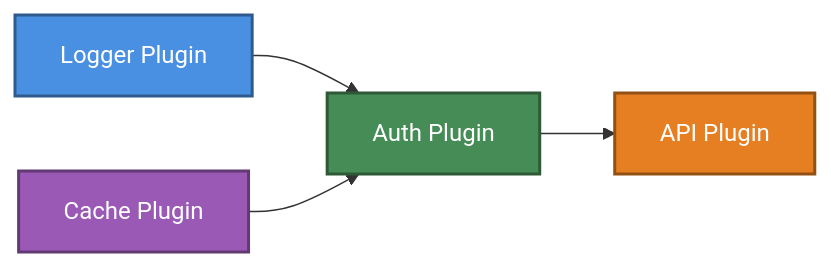
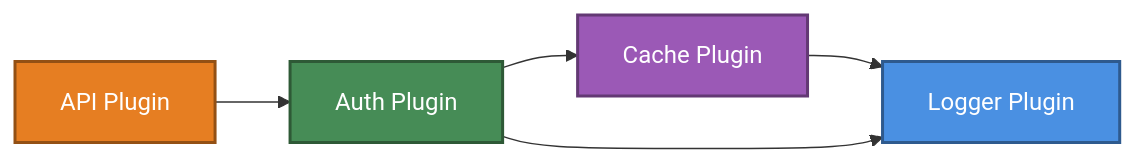
The diagram in packages/docs/src/guide/plugin/dependencies.md (kazupon/gunshi), drawn with Mermaid before and after one commit. The commit also changed other lines of this file, not shown here.

Commit message:
docs: fix wrong explanation plugin deps resolution order

````diff
--- a/packages/docs/src/guide/plugin/dependencies.md
+++ b/packages/docs/src/guide/plugin/dependencies.md
@@ -38,11 +38,13 @@
 ```mermaid
 graph LR
-    A[Logger Plugin] --> B[Auth Plugin]
-    B --> C[API Plugin]
-    D[Cache Plugin] --> B
+    A[Logger Plugin]
+    B[Cache Plugin] --> A
+    C[Auth Plugin] --> A
+    C --> B
+    D[API Plugin] --> C
 
     style A fill:#4A90E2,stroke:#2E5A8E,stroke-width:2px,color:#fff
-    style B fill:#468c56,stroke:#2e5936,stroke-width:2px,color:#fff
-    style C fill:#E67E22,stroke:#935014,stroke-width:2px,color:#fff
-    style D fill:#9B59B6,stroke:#633974,stroke-width:2px,color:#fff
+    style B fill:#9B59B6,stroke:#633974,stroke-width:2px,color:#fff
+    style C fill:#468c56,stroke:#2e5936,stroke-width:2px,color:#fff
+    style D fill:#E67E22,stroke:#935014,stroke-width:2px,color:#fff
 ```
````
